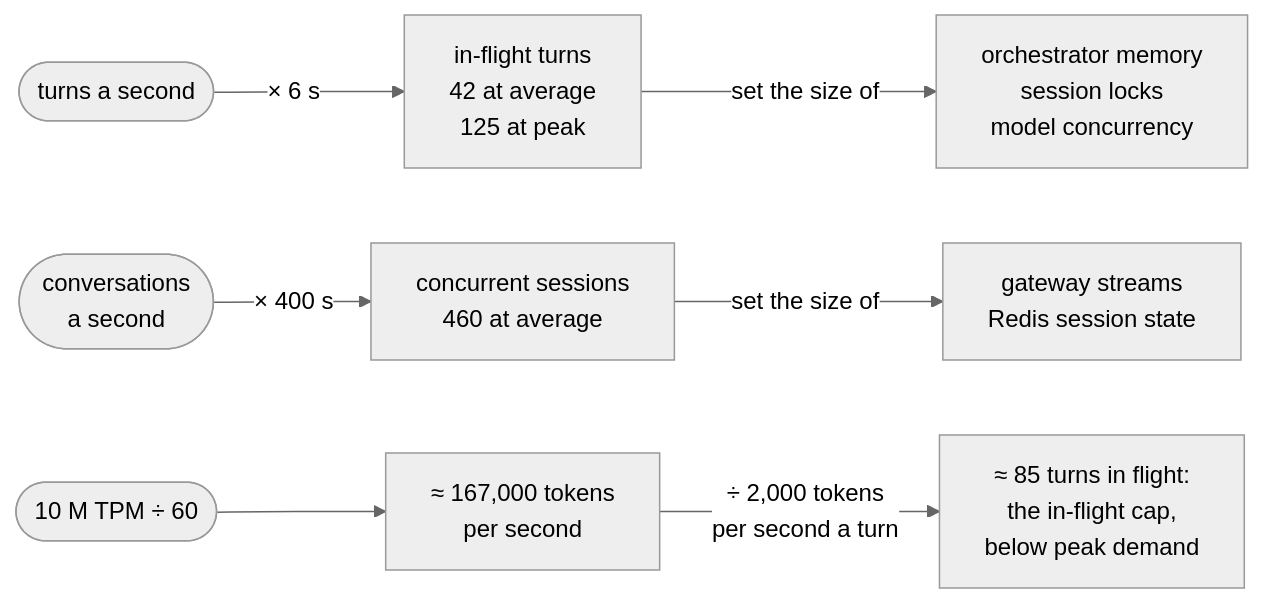
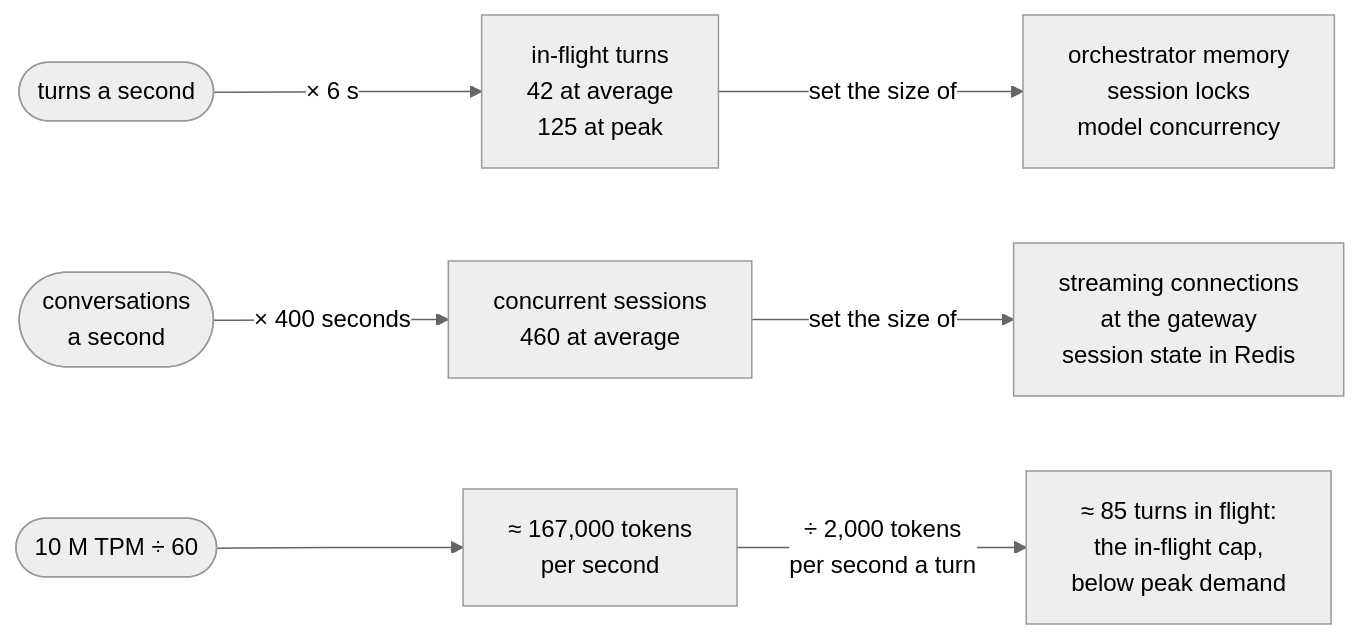
Before and after one commit to aniryou/full-stack-agentic-engineer: the first of 2 diagrams in 06-gateway/scaling-admission-cost/agentic-scaling-lab/docs/scaling-agentic-solutions-on-google-cloud.md, drawn with Mermaid (neutral theme). The commit also changed other lines of this file and 93 other files, not shown here.

````diff
--- a/06-gateway/scaling-admission-cost/agentic-scaling-lab/docs/scaling-agentic-solutions-on-google-cloud.md
+++ b/06-gateway/scaling-admission-cost/agentic-scaling-lab/docs/scaling-agentic-solutions-on-google-cloud.md
@@ -227,9 +227,9 @@
 ```mermaid
 flowchart LR
   T(["turns a second"]) -- "× 6 s" --> IF["in-flight turns<br/>42 at average<br/>125 at peak"]
   IF -- "set the size of" --> IFS["orchestrator memory<br/>session locks<br/>model concurrency"]
-  C(["conversations<br/>a second"]) -- "× 400 s" --> S["concurrent sessions<br/>460 at average"]
-  S -- "set the size of" --> SS["gateway streams<br/>Redis session state"]
+  C(["conversations<br/>a second"]) -- "× 400 seconds" --> S["concurrent sessions<br/>460 at average"]
+  S -- "set the size of" --> SS["streaming connections<br/>at the gateway<br/>session state in Redis"]
   B(["10 M TPM ÷ 60"]) --> BT["≈ 167,000 tokens<br/>per second"]
   BT -- "÷ 2,000 tokens<br/>per second a turn" --> CAP["≈ 85 turns in flight:<br/>the in-flight cap,<br/>below peak demand"]
 ```
````
